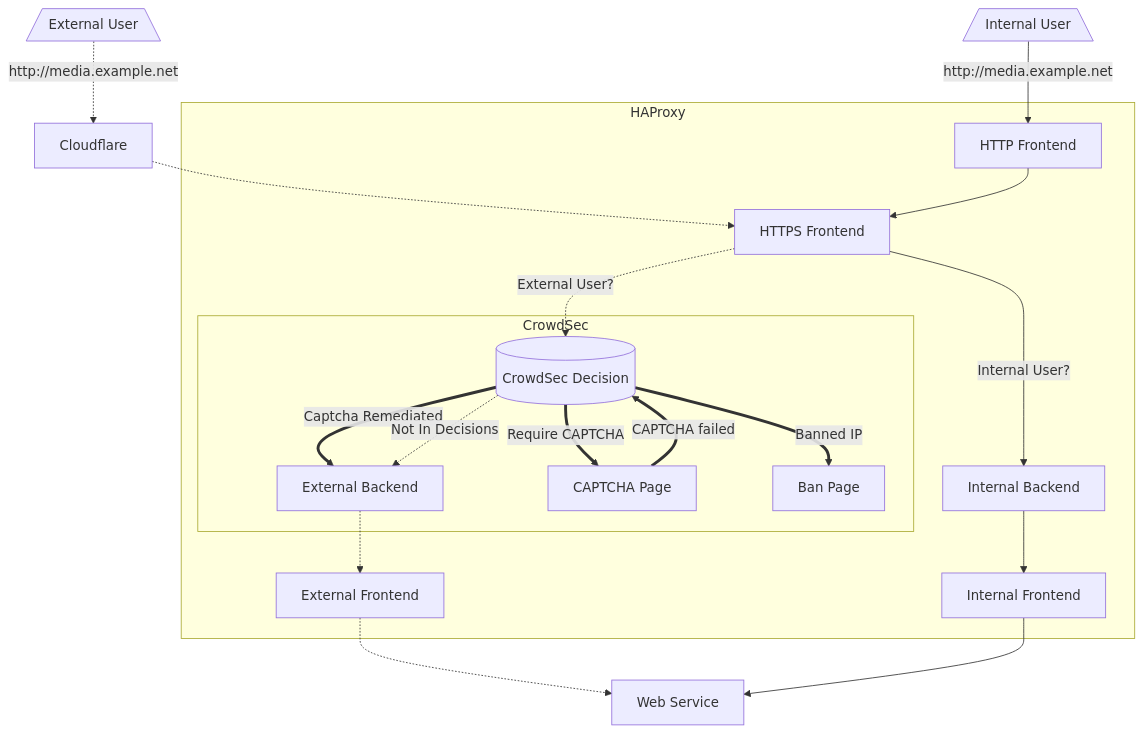
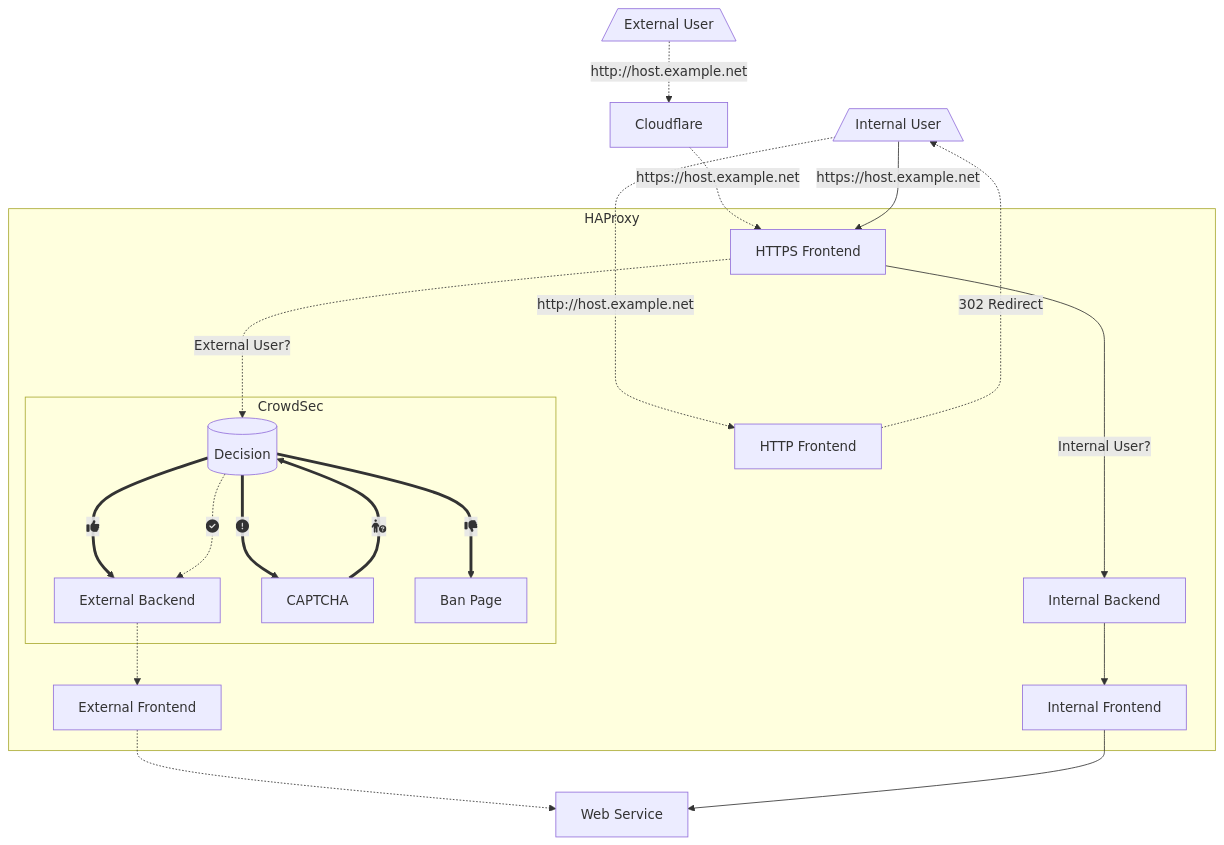
Before and after one commit to ciphermenial/ciphermenial.github.io: the diagram in _posts/2022-07-19-my-haproxy-config.md, drawn with Mermaid.

````diff
--- a/_posts/2022-07-19-my-haproxy-config.md
+++ b/_posts/2022-07-19-my-haproxy-config.md
@@ -28,22 +28,42 @@
 ```mermaid
 graph TD
- EU[/External User\] -."http://media.example.net".-> CF[Cloudflare]
- CF -.-> FE_HTTPS
- IU[/Internal User\] --"http://media.example.net"--> FE_HTTP[HTTP Frontend]
- subgraph HAProxy
- FE_HTTPS -- "Internal User?" --> INT[Internal Backend]
- FE_HTTP --> FE_HTTPS[HTTPS Frontend]
- EXT -.-> FE_EXT[External Frontend]
- INT --> FE_INT[Internal Frontend]
- FE_HTTPS -. "External User?" .-> CS_DEC[(CrowdSec Decision)]
- subgraph CrowdSec
- CS_DEC ==Require CAPTCHA==> CS_CAPTCHA[CAPTCHA Page]
- CS_DEC ==Banned IP==> CS_BAN[Ban Page]
- CS_CAPTCHA ==CAPTCHA failed==> CS_DEC
- CS_DEC ==Captcha Remediated==> EXT[External Backend]
- end
- end
- CS_DEC -.Not In Decisions.-> EXT
- FE_EXT -.-> S[Web Service]
- FE_INT --> S
+  ExtUsr[/External User\]
+  IntUsr[/Internal User\]
+  Cloudflare
+  HTTP[HTTP Frontend]
+  HTTPS[HTTPS Frontend]
+  IntBackend[Internal Backend]
+  IntFrontend[Internal Frontend]
+  ExtBackend[External Backend]
+  ExtFrontend[External Frontend]
+  CS_Decision[(Decision)]
+  CS_CAPTCHA[CAPTCHA]
+  CS_Ban[Ban Page]
+  Server[Web Service]
+
+  ExtUsr -."http://host.example.net".-> Cloudflare
+  Cloudflare -."https://host.example.net".-> HTTPS
+  IntUsr --"https://host.example.net"--> HTTPS
+  IntUsr -."http://host.example.net".-> HTTP
+  HTTP -."302 Redirect"...-> IntUsr
+
+  subgraph HAProxy
+    HTTP
+    HTTPS --"Internal User?"--> IntBackend
+    ExtBackend -.-> ExtFrontend
+    IntBackend --> IntFrontend
+    HTTPS -."External User?"..-> CS_Decision
+
+    subgraph CrowdSec
+      CS_Decision ==fa:fa-circle-exclamation===> CS_CAPTCHA
+      CS_Decision ==fa:fa-thumbs-down===> CS_Ban
+      CS_CAPTCHA ==fa:fa-person-circle-question===> CS_Decision
+      CS_Decision ==fa:fa-thumbs-up===> ExtBackend
+
+    end
+  end
+
+ CS_Decision -.fa:fa-circle-check.-> ExtBackend
+ ExtFrontend -.-> Server
+ IntFrontend --> Server
 ```
````
